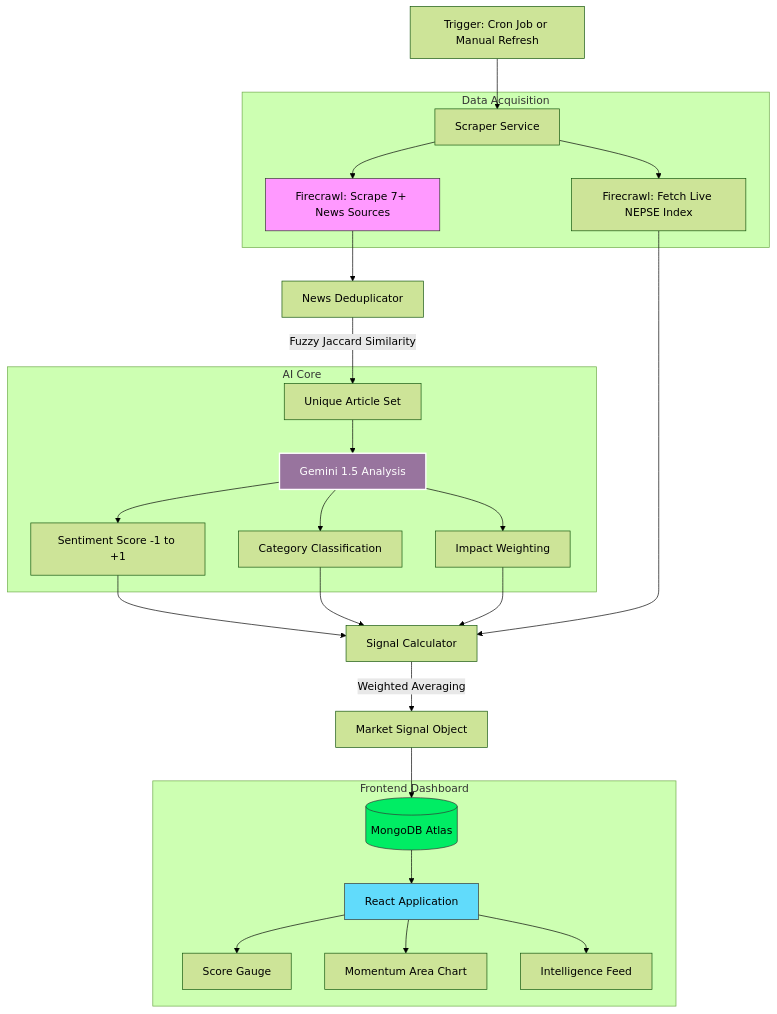
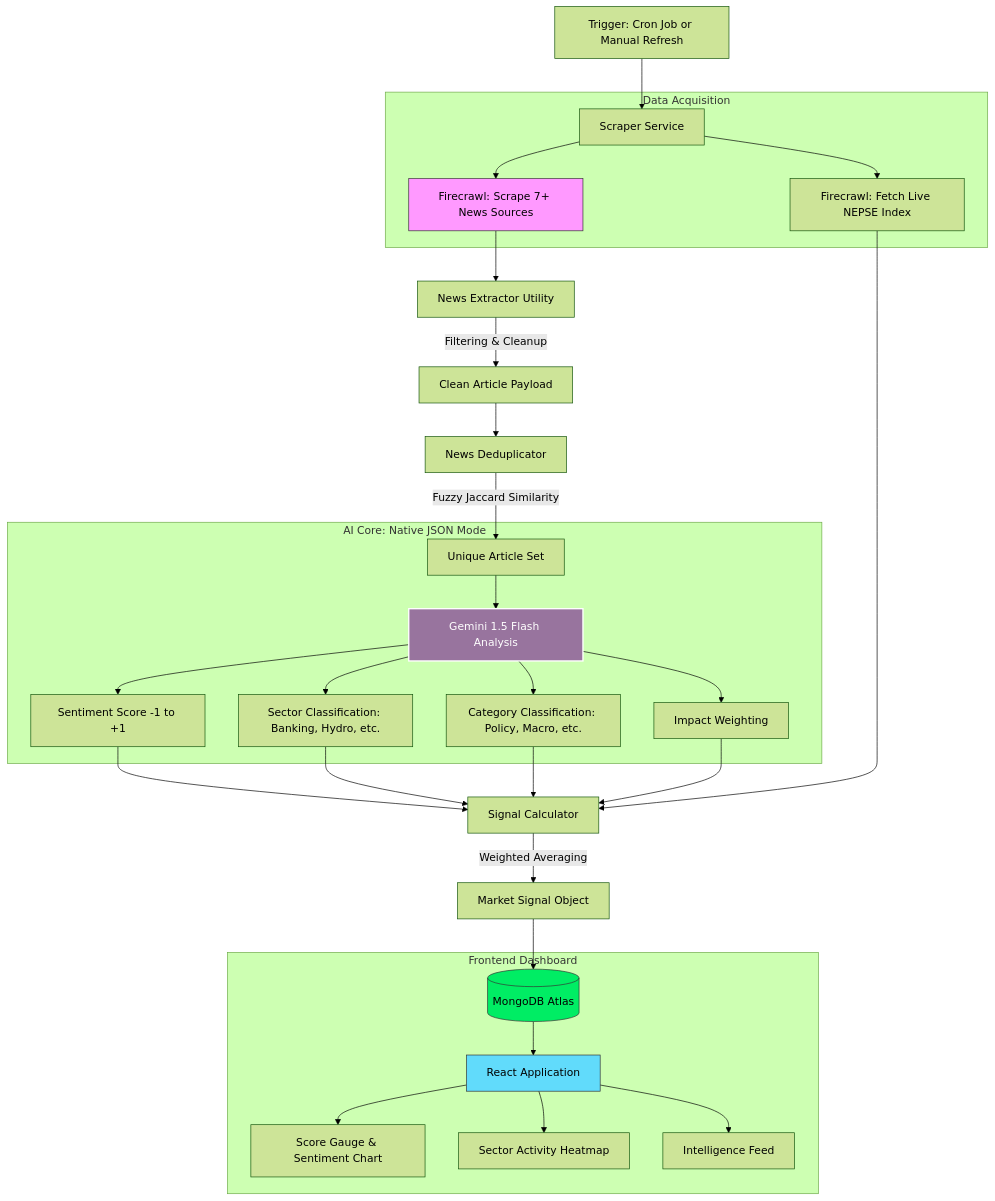
The diagram in SYSTEM_ARCHITECTURE.md (GosuCode/artha), drawn with Mermaid (forest theme) before and after one commit. The commit also changed other lines of this file and 5 other files, not shown here.

Commit message:
feat: Enhance JSON response parsing and error logging, refine news scraping filters and headline cleaning, and update scheduler to minute-based intervals with adjusted concurrency and Gemini model configuration.

````diff
--- a/SYSTEM_ARCHITECTURE.md
+++ b/SYSTEM_ARCHITECTURE.md
@@ -7,36 +7,39 @@
 ```mermaid
 graph TD
     A[Trigger: Cron Job or Manual Refresh] --> B[Scraper Service]
 
     subgraph "Data Acquisition"
         B --> B1[Firecrawl: Scrape 7+ News Sources]
         B --> B2[Firecrawl: Fetch Live NEPSE Index]
     end
 
-    B1 --> C[News Deduplicator]
-    C -->|Fuzzy Jaccard Similarity| D[Unique Article Set]
+    B1 --> C[News Extractor Utility]
+    C -->|Filtering & Cleanup| D[Clean Article Payload]
+    D --> E[News Deduplicator]
+    E -->|Fuzzy Jaccard Similarity| F[Unique Article Set]
 
-    subgraph "AI Core"
-        D --> E[Gemini 1.5 Analysis]
-        E --> E1[Sentiment Score -1 to +1]
-        E --> E2[Category Classification]
-        E --> E3[Impact Weighting]
+    subgraph "AI Core: Native JSON Mode"
+        F --> G[Gemini 1.5 Flash Analysis]
+        G --> G1[Sentiment Score -1 to +1]
+        G --> G2[Sector Classification: Banking, Hydro, etc.]
+        G --> G3[Category Classification: Policy, Macro, etc.]
+        G --> G4[Impact Weighting]
     end
 
-    E1 & E2 & E3 & B2 --> F[Signal Calculator]
-    F -->|Weighted Averaging| G[Market Signal Object]
+    G1 & G2 & G3 & G4 & B2 --> H[Signal Calculator]
+    H -->|Weighted Averaging| I[Market Signal Object]
 
-    G --> H[(MongoDB Atlas)]
+    I --> J[(MongoDB Atlas)]
 
     subgraph "Frontend Dashboard"
-        H --> I[React Application]
-        I --> J[Score Gauge]
-        I --> K[Momentum Area Chart]
-        I --> L[Intelligence Feed]
+        J --> K[React Application]
+        K --> L[Score Gauge & Sentiment Chart]
+        K --> M[Sector Activity Heatmap]
+        K --> N[Intelligence Feed]
     end
 
     style B1 fill:#f9f,stroke:#333,stroke-width:1px
-    style E fill:#98749e,stroke:#fff,stroke-width:2px,color:#fff
-    style H fill:#00ed64,stroke:#333
-    style I fill:#61dbfb,stroke:#333
+    style G fill:#98749e,stroke:#fff,stroke-width:2px,color:#fff
+    style J fill:#00ed64,stroke:#333
+    style K fill:#61dbfb,stroke:#333
 ```
````
